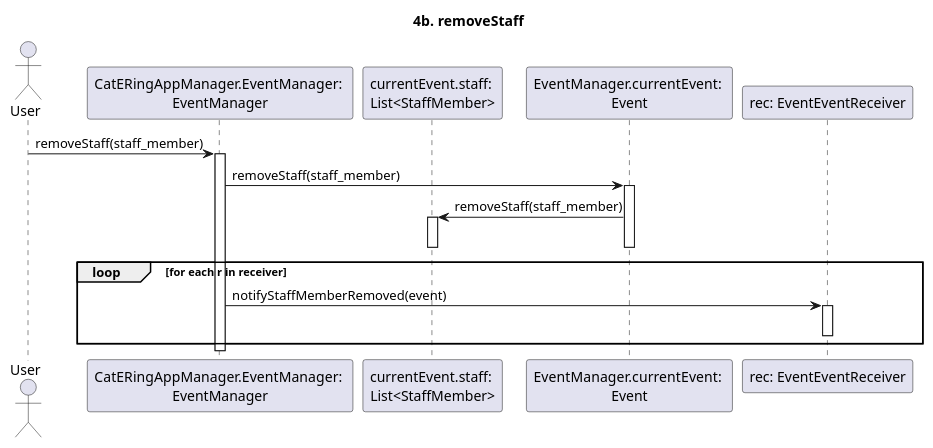
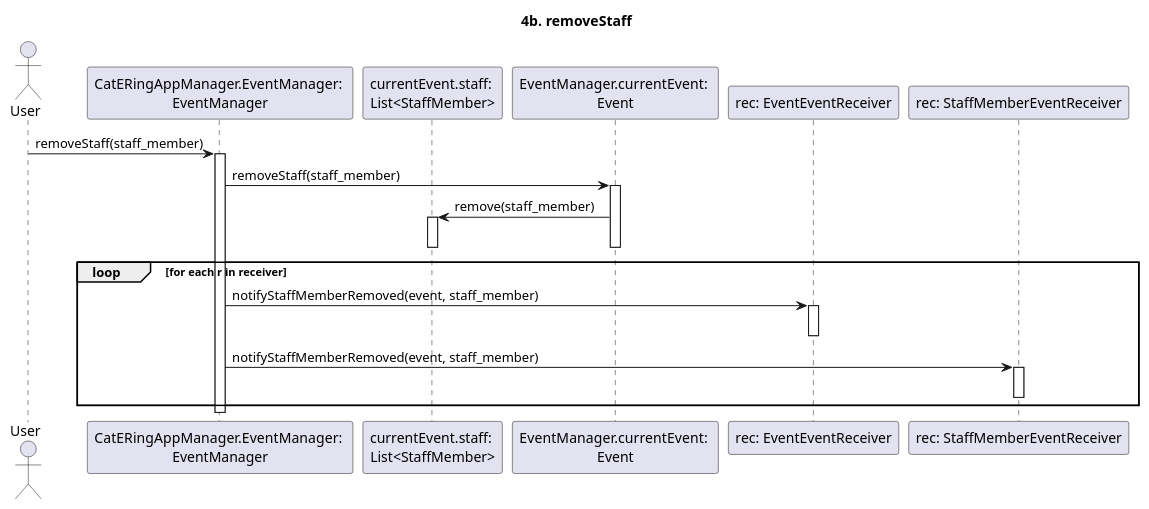
The diagram in dsd/dsd-eventi/estensioniEcc/4b-removeStaff.md (m0canu1/sas), drawn with PlantUML before and after one commit. The commit also changed 7 other files, not shown here.

````diff
--- a/dsd/dsd-eventi/estensioniEcc/4b-removeStaff.md
+++ b/dsd/dsd-eventi/estensioniEcc/4b-removeStaff.md
@@ -1,28 +1,34 @@
 ```plantuml
 
 title: 4b. removeStaff
 
 Actor User
 Participant "CatERingAppManager.EventManager: \nEventManager" as EM
 Participant "currentEvent.staff: \nList<StaffMember>" as SM
 Participant "EventManager.currentEvent: \nEvent" as CE
 Participant "rec: EventEventReceiver" as EER
+Participant "rec: StaffMemberEventReceiver" as SER
+
 User -> EM: removeStaff(staff_member)
 Activate EM
 
 EM -> CE: removeStaff(staff_member)
 Activate CE
-  CE -> SM: removeStaff(staff_member)
+  CE -> SM: remove(staff_member)
   Activate SM
   Deactivate SM
 Deactivate CE
 
 loop for each r in receiver
-    EM -> EER: notifyStaffMemberRemoved(event)
+    EM -> EER: notifyStaffMemberRemoved(event, staff_member)
     Activate EER
     Deactivate EER
+
+    EM -> SER: notifyStaffMemberRemoved(event, staff_member)
+    Activate SER
+    Deactivate SER
 end
 
 Deactivate EM
 
 ```
````
